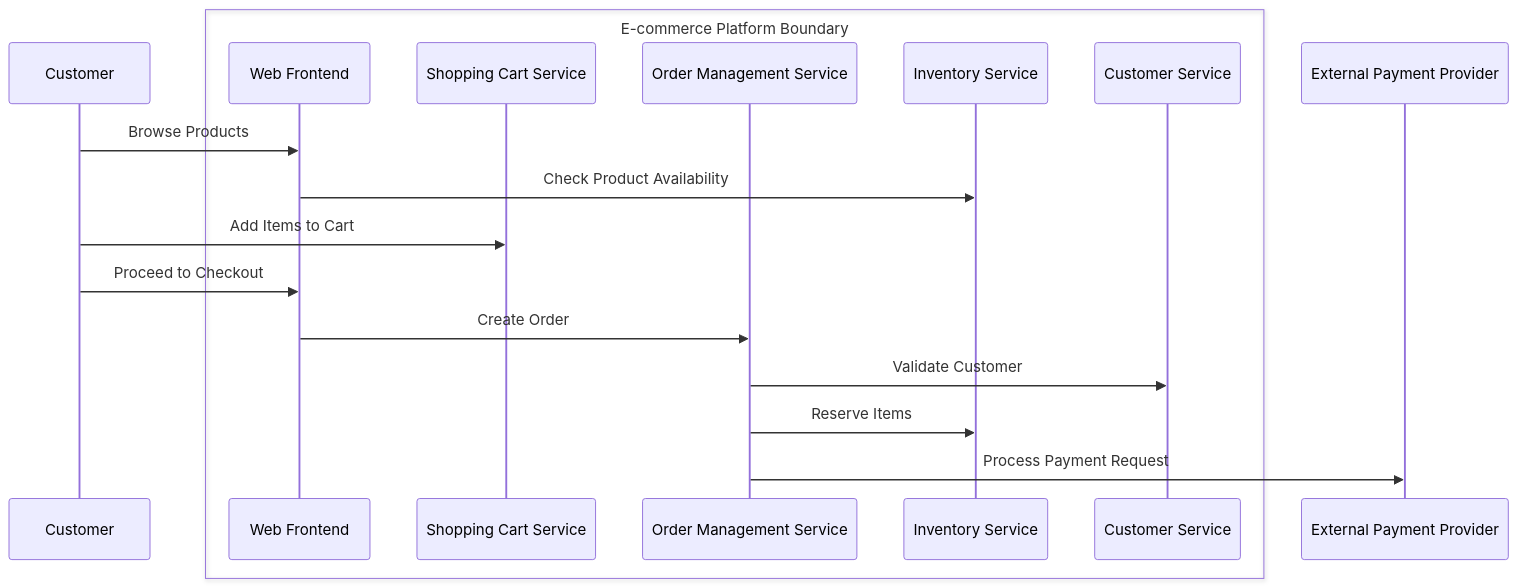
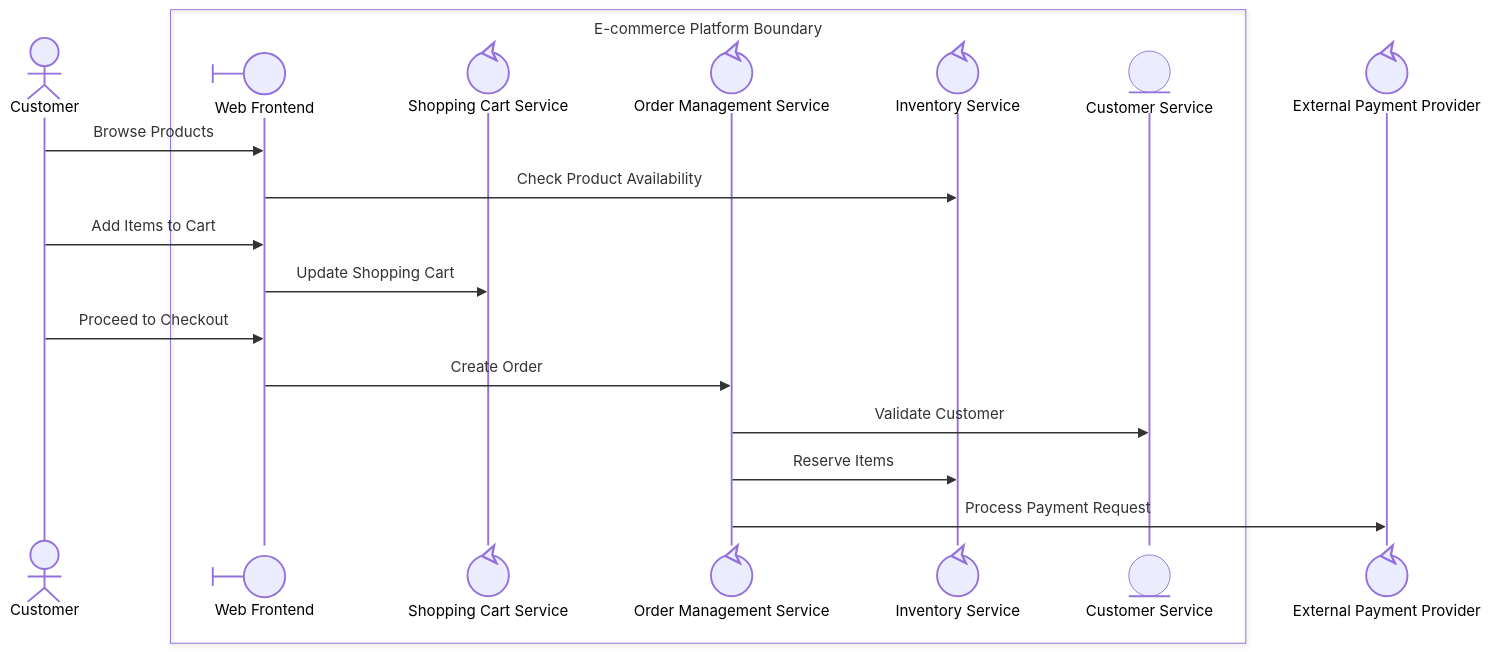
One commit to zhongadamwang/AI_Slowcooker changed the fifth of 13 diagrams in OrgDocument/projects/03 - Building Skills Iteration 2/artifacts/Sample Data/hierarchy-examples.md. Above: the diagram before and after it, drawn with Mermaid. The commit also changed other lines of this file and 2 other files, not shown here.

````diff
--- a/OrgDocument/projects/03 - Building Skills Iteration 2/artifacts/Sample Data/hierarchy-examples.md
+++ b/OrgDocument/projects/03 - Building Skills Iteration 2/artifacts/Sample Data/hierarchy-examples.md
@@ -120,23 +124,24 @@
 ```mermaid
 sequenceDiagram
-    participant Customer as Customer
+    participant Customer@{ "type" : "actor" } as Customer
     
     box E-commerce Platform Boundary
-        participant Web as Web Frontend
-        participant Cart as Shopping Cart Service
-        participant Order as Order Management Service
-        participant Inventory as Inventory Service
-        participant Customer_Service as Customer Service
+        participant Web@{ "type" : "boundary" } as Web Frontend
+        participant Cart@{ "type" : "control" } as Shopping Cart Service
+        participant Order@{ "type" : "control" } as Order Management Service
+        participant Inventory@{ "type" : "control" } as Inventory Service
+        participant Customer_Service@{ "type" : "entity" } as Customer Service
     end
     
-    participant Payment as External Payment Provider
+    participant Payment@{ "type" : "control" } as External Payment Provider
     
     Customer->>Web: Browse Products
     Web->>Inventory: Check Product Availability
-    Customer->>Cart: Add Items to Cart
+    Customer->>Web: Add Items to Cart
+    Web->>Cart: Update Shopping Cart
     Customer->>Web: Proceed to Checkout
     Web->>Order: Create Order
     Order->>Customer_Service: Validate Customer
     Order->>Inventory: Reserve Items
     Order->>Payment: Process Payment Request
 ```
````
